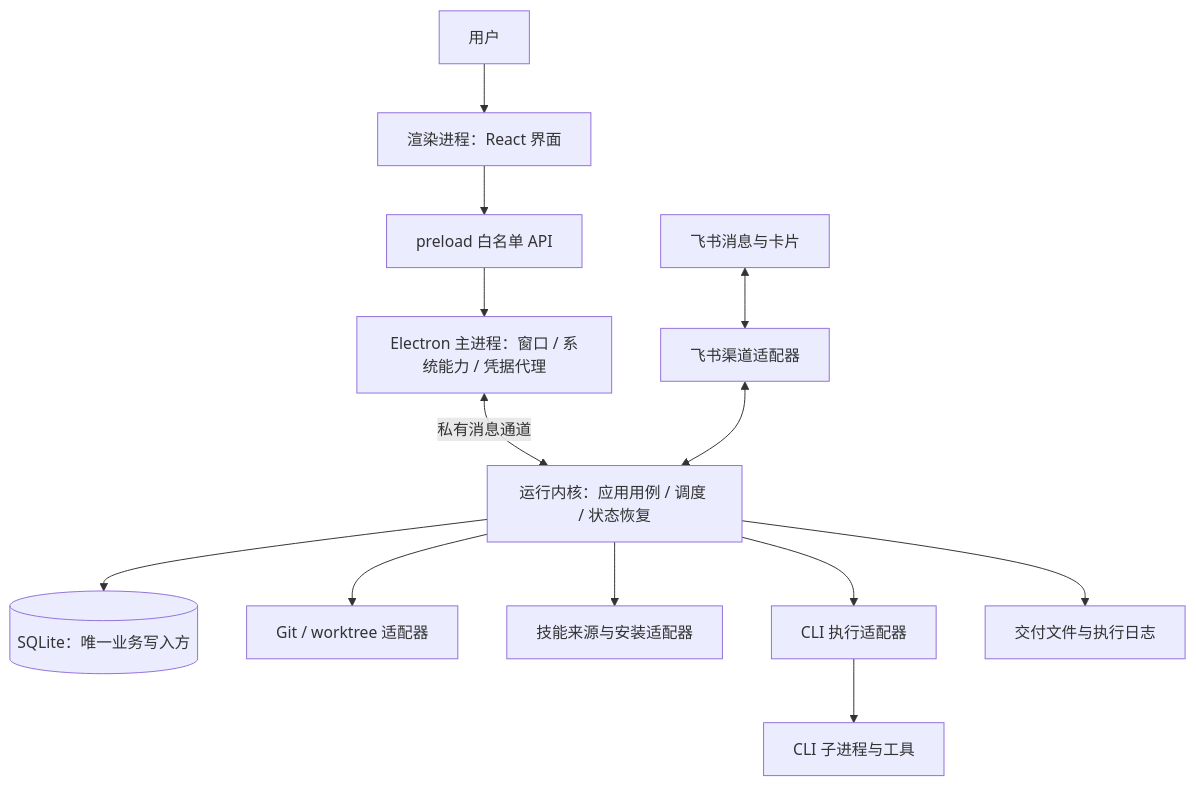
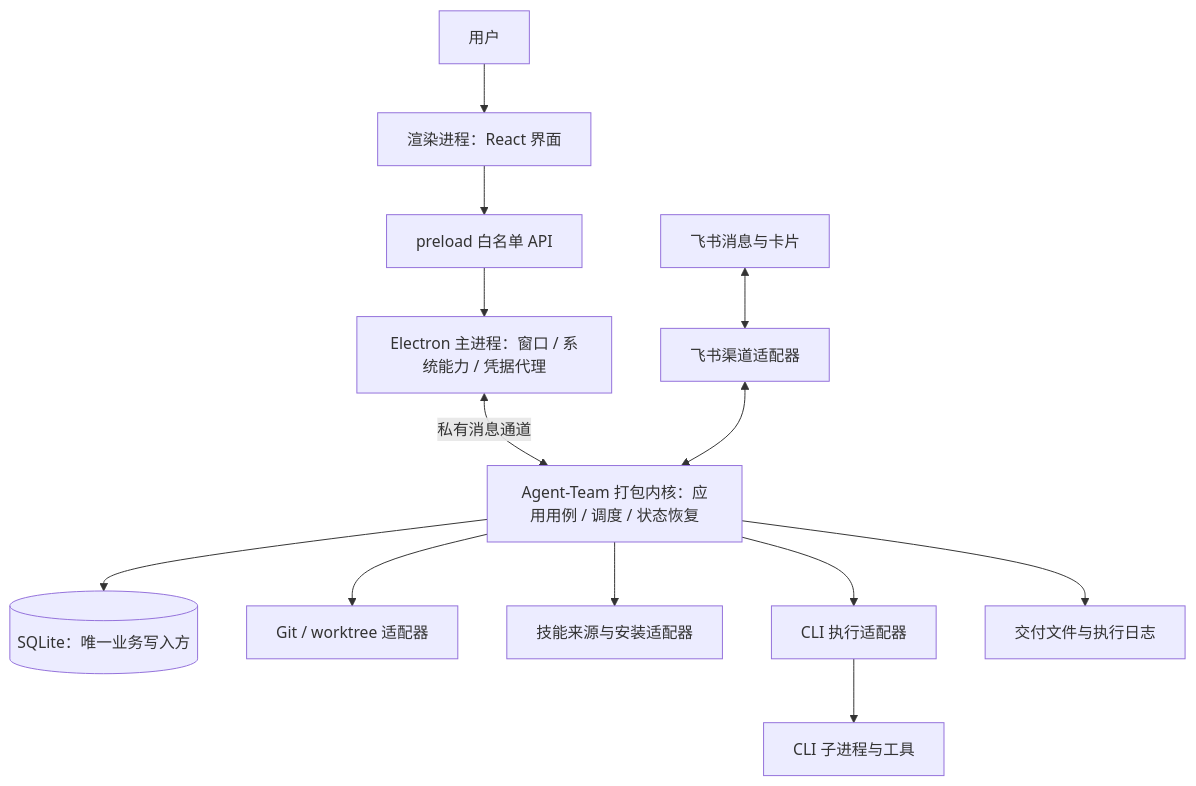
The first of 2 diagrams in docs/architecture/README.md (CerrorJ/weftpilot), drawn with Mermaid before and after one commit. The commit also changed other lines of this file and 7 other files, not shown here.

Commit message:
docs: 确认 Agent-Team 打包内核并完善开发规范

````diff
--- a/docs/architecture/README.md
+++ b/docs/architecture/README.md
@@ -33,15 +33,15 @@
 ```mermaid
 flowchart TB
   U[用户] --> UI[渲染进程：React 界面]
   UI --> B[preload 白名单 API]
   B --> M[Electron 主进程：窗口 / 系统能力 / 凭据代理]
-  M <-->|私有消息通道| R[运行内核：应用用例 / 调度 / 状态恢复]
+  M <-->|私有消息通道| R[Agent-Team 打包内核：应用用例 / 调度 / 状态恢复]
   F[飞书消息与卡片] <--> L[飞书渠道适配器]
   L <--> R
   R --> DB[(SQLite：唯一业务写入方)]
   R --> G[Git / worktree 适配器]
   R --> S[技能来源与安装适配器]
   R --> C[CLI 执行适配器]
   C --> P[CLI 子进程与工具]
   R --> A[交付文件与执行日志]
 ```
````
